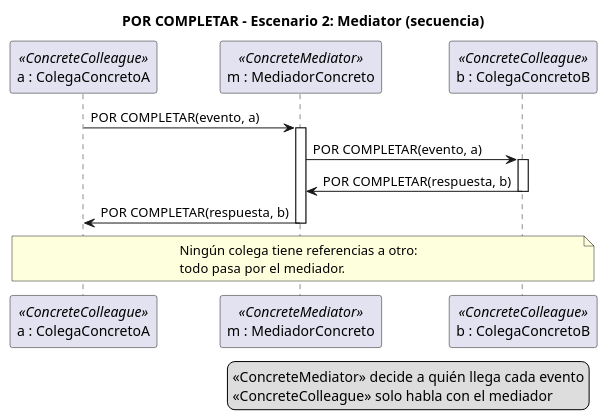
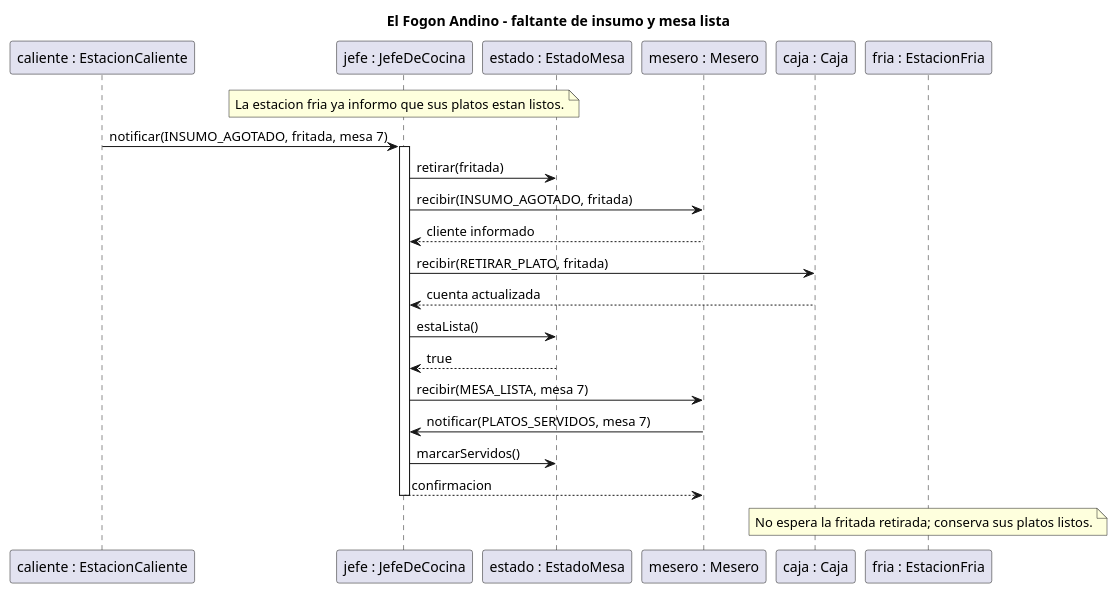
The diagram in escenario-2-mediator/uml/mediatorE2_secuencia.puml (ups-master/pds-actividad-03-grupo-01), drawn with PlantUML before and after one commit. The commit also changed 6 other files, not shown here.

Commit message:
Escenario 2: modelar coordinacion de cocina con Mediator

```diff
--- a/escenario-2-mediator/uml/mediatorE2_secuencia.puml
+++ b/escenario-2-mediator/uml/mediatorE2_secuencia.puml
@@ -1,30 +1,25 @@
 @startuml
-title POR COMPLETAR - Escenario 2: Mediator (secuencia)
-
-skinparam sequenceMessageAlign left
-
-participant "a : ColegaConcretoA" as a <<ConcreteColleague>>
-participant "m : MediadorConcreto" as m <<ConcreteMediator>>
-participant "b : ColegaConcretoB" as b <<ConcreteColleague>>
-
-' POR COMPLETAR: reemplazar los mensajes por los del escenario.
-a -> m : POR COMPLETAR(evento, a)
-activate m
-m -> b : POR COMPLETAR(evento, a)
-activate b
-b -> m : POR COMPLETAR(respuesta, b)
-deactivate b
-m -> a : POR COMPLETAR(respuesta, b)
-deactivate m
-
-note over a, b
-  Ningún colega tiene referencias a otro:
-  todo pasa por el mediador.
-end note
-
-legend right
-  <<ConcreteMediator>> decide a quién llega cada evento
-  <<ConcreteColleague>> solo habla con el mediador
-endlegend
-
+title El Fogon Andino - faltante de insumo y mesa lista
+participant "caliente : EstacionCaliente" as caliente
+participant "jefe : JefeDeCocina" as jefe
+participant "estado : EstadoMesa" as estado
+participant "mesero : Mesero" as mesero
+participant "caja : Caja" as caja
+participant "fria : EstacionFria" as fria
+note over jefe : La estacion fria ya informo que sus platos estan listos.
+caliente -> jefe : notificar(INSUMO_AGOTADO, fritada, mesa 7)
+activate jefe
+jefe -> estado : retirar(fritada)
+jefe -> mesero : recibir(INSUMO_AGOTADO, fritada)
+mesero --> jefe : cliente informado
+jefe -> caja : recibir(RETIRAR_PLATO, fritada)
+caja --> jefe : cuenta actualizada
+jefe -> estado : estaLista()
+estado --> jefe : true
+jefe -> mesero : recibir(MESA_LISTA, mesa 7)
+mesero -> jefe : notificar(PLATOS_SERVIDOS, mesa 7)
+jefe -> estado : marcarServidos()
+jefe --> mesero : confirmacion
+deactivate jefe
+note over fria : No espera la fritada retirada; conserva sus platos listos.
 @enduml
```
